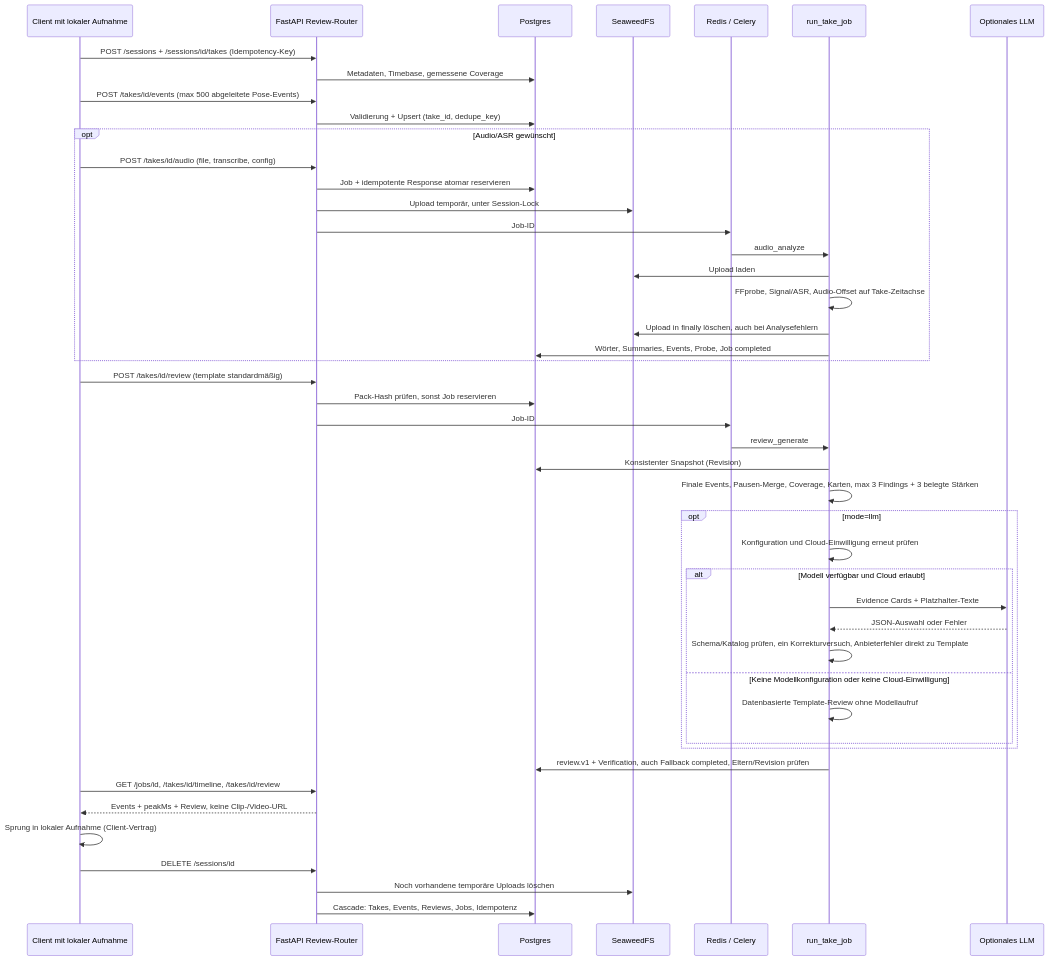
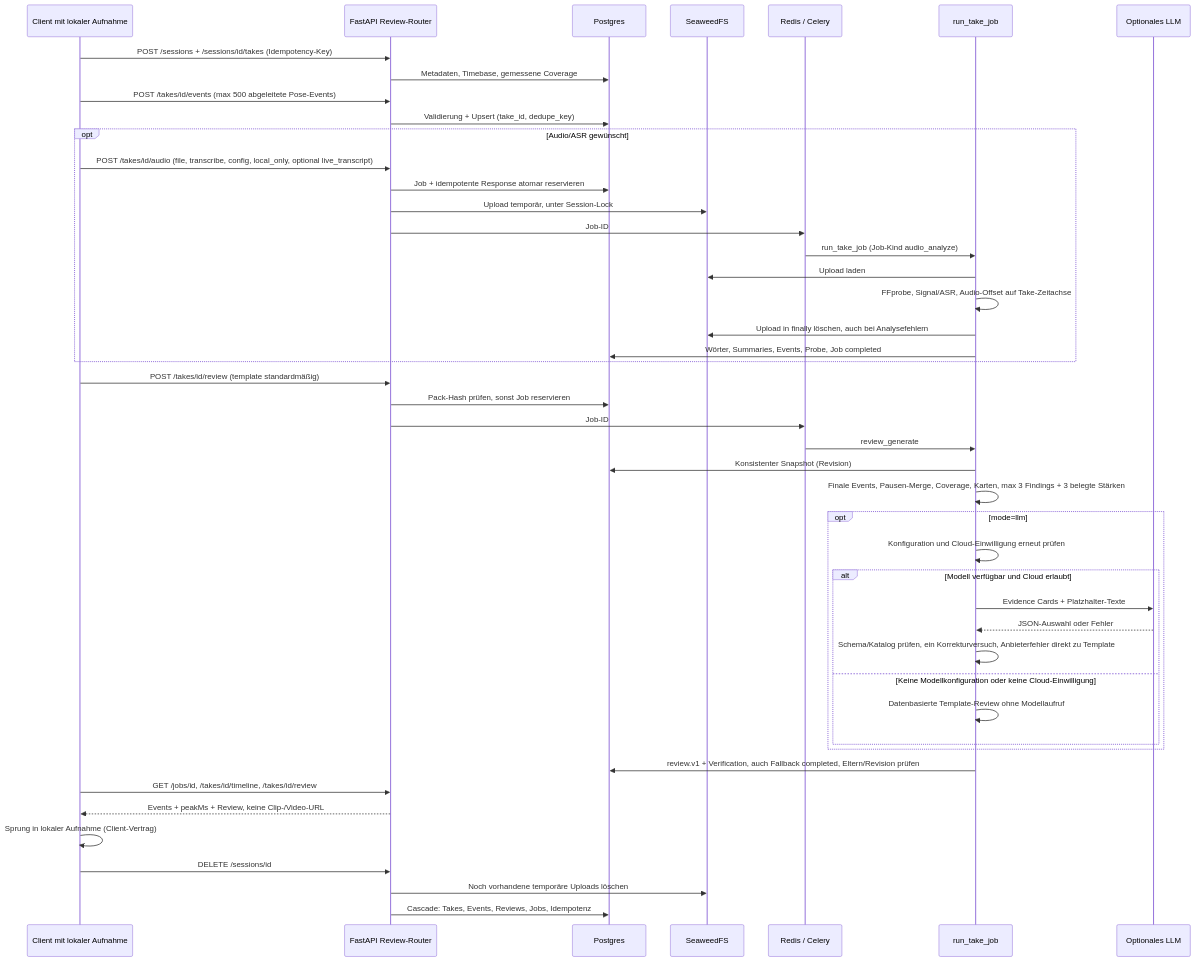
The fourth of 12 diagrams in docs/03-architecture.md (johannes3502/hackathon-fulda), drawn with Mermaid before and after one commit. The commit also changed other lines of this file and 19 other files, not shown here.

````diff
--- a/docs/03-architecture.md
+++ b/docs/03-architecture.md
@@ -251,48 +252,48 @@
 ```mermaid
 sequenceDiagram
     participant C as Client mit lokaler Aufnahme
     participant A as FastAPI Review-Router
     participant P as Postgres
     participant S as SeaweedFS
     participant Q as Redis / Celery
     participant W as run_take_job
     participant L as Optionales LLM
     C->>A: POST /sessions + /sessions/id/takes (Idempotency-Key)
     A->>P: Metadaten, Timebase, gemessene Coverage
     C->>A: POST /takes/id/events (max 500 abgeleitete Pose-Events)
     A->>P: Validierung + Upsert (take_id, dedupe_key)
     opt Audio/ASR gewünscht
-        C->>A: POST /takes/id/audio (file, transcribe, config)
+        C->>A: POST /takes/id/audio (file, transcribe, config, local_only, optional live_transcript)
         A->>P: Job + idempotente Response atomar reservieren
         A->>S: Upload temporär, unter Session-Lock
         A->>Q: Job-ID
-        Q->>W: audio_analyze
+        Q->>W: run_take_job (Job-Kind audio_analyze)
         W->>S: Upload laden
         W->>W: FFprobe, Signal/ASR, Audio-Offset auf Take-Zeitachse
         W->>S: Upload in finally löschen, auch bei Analysefehlern
         W->>P: Wörter, Summaries, Events, Probe, Job completed
     end
     C->>A: POST /takes/id/review (template standardmäßig)
     A->>P: Pack-Hash prüfen, sonst Job reservieren
     A->>Q: Job-ID
     Q->>W: review_generate
     W->>P: Konsistenter Snapshot (Revision)
     W->>W: Finale Events, Pausen-Merge, Coverage, Karten, max 3 Findings + 3 belegte Stärken
     opt mode=llm
         W->>W: Konfiguration und Cloud-Einwilligung erneut prüfen
         alt Modell verfügbar und Cloud erlaubt
             W->>L: Evidence Cards + Platzhalter-Texte
             L-->>W: JSON-Auswahl oder Fehler
             W->>W: Schema/Katalog prüfen, ein Korrekturversuch, Anbieterfehler direkt zu Template
         else Keine Modellkonfiguration oder keine Cloud-Einwilligung
             W->>W: Datenbasierte Template-Review ohne Modellaufruf
         end
     end
     W->>P: review.v1 + Verification, auch Fallback completed, Eltern/Revision prüfen
     C->>A: GET /jobs/id, /takes/id/timeline, /takes/id/review
     A-->>C: Events + peakMs + Review, keine Clip-/Video-URL
     C->>C: Sprung in lokaler Aufnahme (Client-Vertrag)
     C->>A: DELETE /sessions/id
     A->>S: Noch vorhandene temporäre Uploads löschen
     A->>P: Cascade: Takes, Events, Reviews, Jobs, Idempotenz
 ```
````
